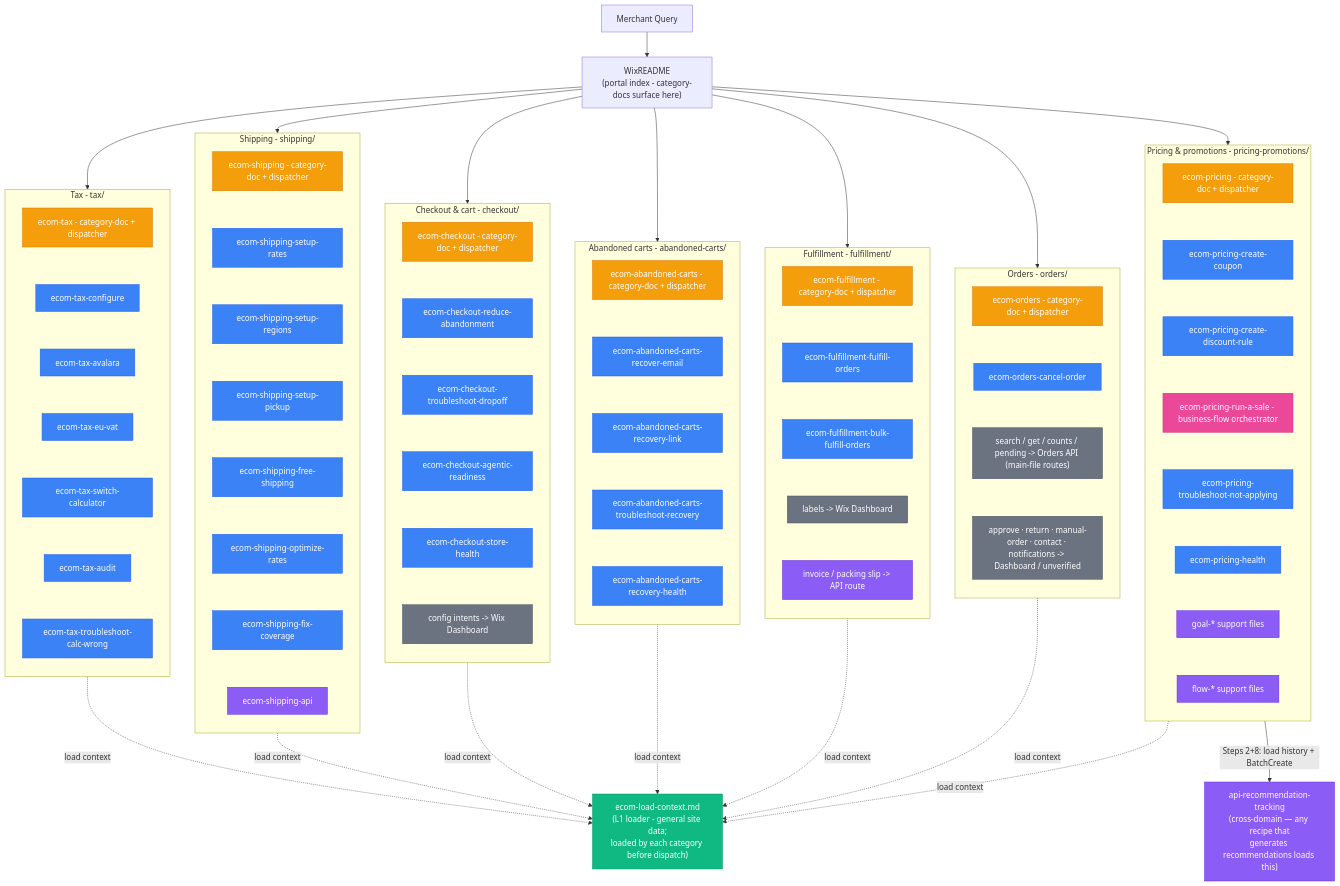
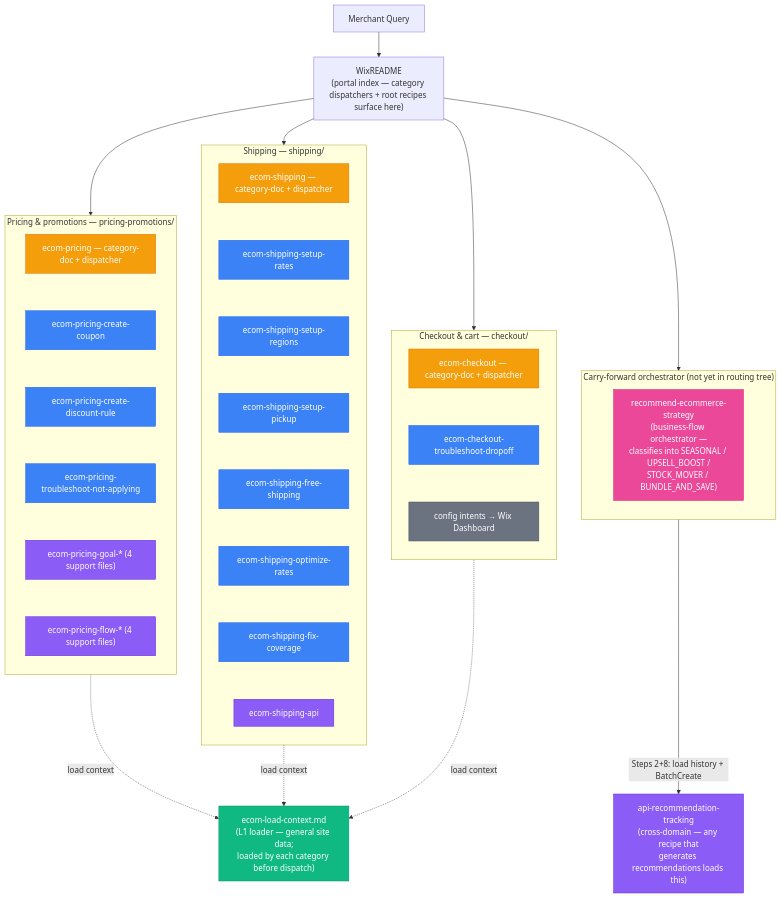
The diagram in skills/wix-manage/references/ecommerce/skill-graph.md (wix/skills), drawn with Mermaid before and after one commit. The commit also changed other lines of this file and 8 other files, not shown here.

First line of the commit message:
refactor(wix-manage/ecommerce): scrub dispatchers + registration for the trimmed routing tree

````diff
--- a/skills/wix-manage/references/ecommerce/skill-graph.md
+++ b/skills/wix-manage/references/ecommerce/skill-graph.md
@@ -8,55 +8,34 @@
 ```mermaid
 flowchart TB
-    MR["Merchant Query"] --> README["WixREADME<br/>(portal index - category-docs surface here)"]
+    MR["Merchant Query"] --> README["WixREADME<br/>(portal index — category dispatchers + root recipes surface here)"]
 
-    README --> TAX
     README --> PRICE
     README --> SHIP
     README --> CHECKOUT
-    README --> ABANDONED
-    README --> FULFILL
-    README --> ORDERS
+    README --> ROOT
 
-    LOADER["ecom-load-context.md<br/>(L1 loader - general site data;<br/>loaded by each category before dispatch)"]
-    TAX -.-> |load context| LOADER
+    LOADER["ecom-load-context.md<br/>(L1 loader — general site data;<br/>loaded by each category before dispatch)"]
     PRICE -.-> |load context| LOADER
     SHIP -.-> |load context| LOADER
     CHECKOUT -.-> |load context| LOADER
-    ABANDONED -.-> |load context| LOADER
-    FULFILL -.-> |load context| LOADER
-    ORDERS -.-> |load context| LOADER
 
     TRACKING["api-recommendation-tracking<br/>(cross-domain — any recipe that<br/>generates recommendations loads this)"]
-    PR --> |"Steps 2+8: load history + BatchCreate"| TRACKING
+    ROOT --> |"Steps 2+8: load history + BatchCreate"| TRACKING
 
-    subgraph TAX["Tax - tax/"]
+    subgraph PRICE["Pricing & promotions — pricing-promotions/"]
         direction TB
-        TAXDEF["ecom-tax - category-doc + dispatcher"]
-        TC["ecom-tax-configure"]
-        TA["ecom-tax-avalara"]
-        TV["ecom-tax-eu-vat"]
-        TS["ecom-tax-switch-calculator"]
-        TU["ecom-tax-audit"]
-        TT["ecom-tax-troubleshoot-calc-wrong"]
-        TAXDEF ~~~ TC ~~~ TA ~~~ TV ~~~ TS ~~~ TU ~~~ TT
+        PRICEDEF["ecom-pricing — category-doc + dispatcher"]
+        PC["ecom-pricing-create-coupon"]
+        PD["ecom-pricing-create-discount-rule"]
+        PB["ecom-pricing-troubleshoot-not-applying"]
+        PG["ecom-pricing-goal-* (4 support files)"]
+        PF["ecom-pricing-flow-* (4 support files)"]
+        PRICEDEF ~~~ PC ~~~ PD ~~~ PB ~~~ PG ~~~ PF
     end
 
-    subgraph PRICE["Pricing & promotions - pricing-promotions/"]
+    subgraph SHIP["Shipping — shipping/"]
         direction TB
-        PRICEDEF["ecom-pricing - category-doc + dispatcher"]
-        PC["ecom-pricing-create-coupon"]
-        PD["ecom-pricing-create-discount-rule"]
-        PR["ecom-pricing-run-a-sale - business-flow orchestrator"]
-        PB["ecom-pricing-troubleshoot-not-applying"]
-        PH["ecom-pricing-health"]
-        PG["goal-* support files"]
-        PF["flow-* support files"]
-        PRICEDEF ~~~ PC ~~~ PD ~~~ PR ~~~ PB ~~~ PH ~~~ PG ~~~ PF
-    end
-
-    subgraph SHIP["Shipping - shipping/"]
-        direction TB
-        SHIPDEF["ecom-shipping - category-doc + dispatcher"]
+        SHIPDEF["ecom-shipping — category-doc + dispatcher"]
         SR["ecom-shipping-setup-rates"]
         SG["ecom-shipping-setup-regions"]
         SP["ecom-shipping-setup-pickup"]
@@ -67,44 +46,17 @@
         SHIPDEF ~~~ SR ~~~ SG ~~~ SP ~~~ SF ~~~ SO ~~~ SX ~~~ SS
     end
 
-    subgraph CHECKOUT["Checkout & cart - checkout/"]
+    subgraph CHECKOUT["Checkout & cart — checkout/"]
         direction TB
-        CHKDEF["ecom-checkout - category-doc + dispatcher"]
-        CR["ecom-checkout-reduce-abandonment"]
+        CHKDEF["ecom-checkout — category-doc + dispatcher"]
         CT["ecom-checkout-troubleshoot-dropoff"]
-        CA["ecom-checkout-agentic-readiness"]
-        CH["ecom-checkout-store-health"]
-        CD["config intents -> Wix Dashboard"]
-        CHKDEF ~~~ CR ~~~ CT ~~~ CA ~~~ CH ~~~ CD
+        CD["config intents → Wix Dashboard"]
+        CHKDEF ~~~ CT ~~~ CD
     end
 
-    subgraph ABANDONED["Abandoned carts - abandoned-carts/"]
+    subgraph ROOT["Carry-forward orchestrator (not yet in routing tree)"]
         direction TB
-        ACDEF["ecom-abandoned-carts - category-doc + dispatcher"]
-        AR["ecom-abandoned-carts-recover-email"]
-        AL["ecom-abandoned-carts-recovery-link"]
-        AT["ecom-abandoned-carts-troubleshoot-recovery"]
-        AH["ecom-abandoned-carts-recovery-health"]
-        ACDEF ~~~ AR ~~~ AL ~~~ AT ~~~ AH
-    end
-
-    subgraph FULFILL["Fulfillment - fulfillment/"]
-        direction TB
-        FDEF["ecom-fulfillment - category-doc + dispatcher"]
-        FO["ecom-fulfillment-fulfill-orders"]
-        FB["ecom-fulfillment-bulk-fulfill-orders"]
-        FL["labels -> Wix Dashboard"]
-        FI["invoice / packing slip -> API route"]
-        FDEF ~~~ FO ~~~ FB ~~~ FL ~~~ FI
-    end
-
-    subgraph ORDERS["Orders - orders/"]
-        direction TB
-        ODEF["ecom-orders - category-doc + dispatcher"]
-        OC["ecom-orders-cancel-order"]
-        OS["search / get / counts / pending -> Orders API (main-file routes)"]
-        OH["approve · return · manual-order · contact · notifications -> Dashboard / unverified"]
-        ODEF ~~~ OC ~~~ OS ~~~ OH
+        REC["recommend-ecommerce-strategy<br/>(business-flow orchestrator —<br/>classifies into SEASONAL / UPSELL_BOOST /<br/>STOCK_MOVER / BUNDLE_AND_SAVE)"]
     end
 
     classDef dispatcher fill:#f59e0b,stroke:#d97706,color:#fff
@@ -114,11 +66,11 @@
     classDef loader fill:#10b981,stroke:#059669,color:#fff
     classDef legacy fill:#6b7280,stroke:#4b5563,color:#fff
 
-    class TAXDEF,PRICEDEF,SHIPDEF,CHKDEF,ACDEF,FDEF,ODEF dispatcher
-    class TC,TA,TV,TS,TU,TT,PC,PD,PB,PH,SR,SG,SP,SF,SO,SX,CR,CT,CA,CH,AR,AL,AT,AH,FO,FB,OC promotion
-    class PR orchestrator
-    class PG,PF,SS,FI support
+    class PRICEDEF,SHIPDEF,CHKDEF dispatcher
+    class PC,PD,PB,SR,SG,SP,SF,SO,SX,CT promotion
+    class REC orchestrator
+    class PG,PF,SS support
     class LOADER loader
     class TRACKING support
-    class CD,FL,OS,OH legacy
+    class CD legacy
 ```
````
